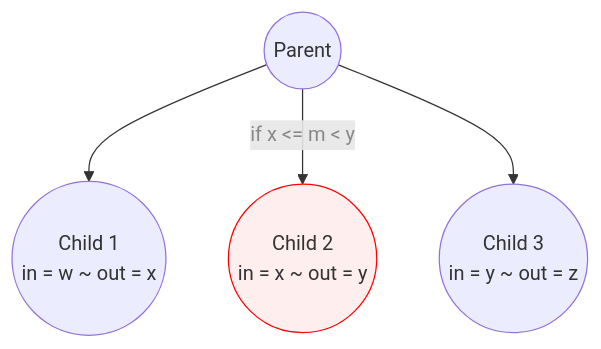
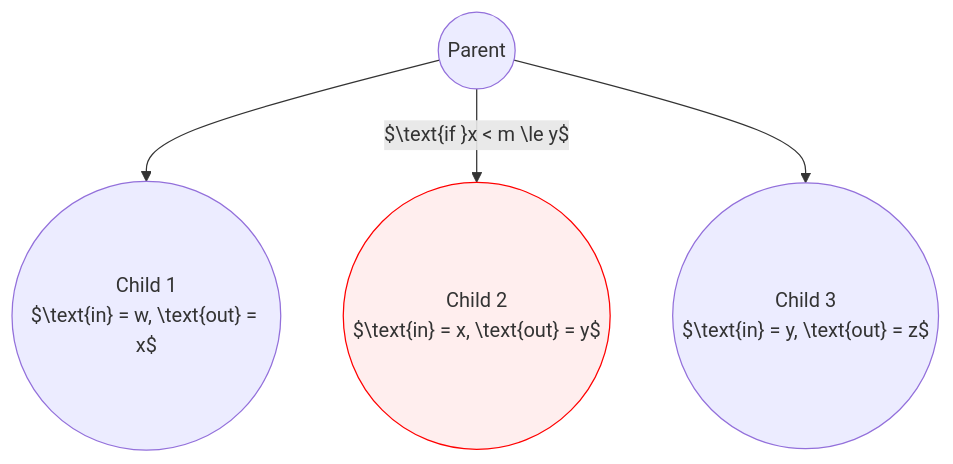
The fourth of 5 diagrams in _posts/2024-01-18-euler_tour_technique.md (CHOYUNSIG/algorithm_with_boj), drawn with Mermaid before and after one commit. The commit also changed other lines of this file and 1 other file, not shown here.

```diff
--- a/_posts/2024-01-18-euler_tour_technique.md
+++ b/_posts/2024-01-18-euler_tour_technique.md
@@ -117,16 +122,16 @@
 <pre class="mermaid">
     graph TD
         A --> B
-        A -- <p style="color: #888">if x <= m < y</p> --> C
+        A -- <span class="mathjax mj0">$\text{if }x < m \le y$</span> --> C
         A --> D
 
     A((Parent))
     B(("Child 1
-    in = w ~ out = x"))
+    <span class="mathjax mj1">$\text{in} = w, \text{out} = x$</span>"))
     C(("Child 2
-    in = x ~ out = y")):::red
+    <span class="mathjax mj2">$\text{in} = x, \text{out} = y$</span>")):::red
     D(("Child 3
-    in = y ~ out = z"))
+    <span class="mathjax mj3">$\text{in} = y, \text{out} = z$</span>"))
 
     classDef red stroke:#F00, fill:#FEE
 </pre>
```
